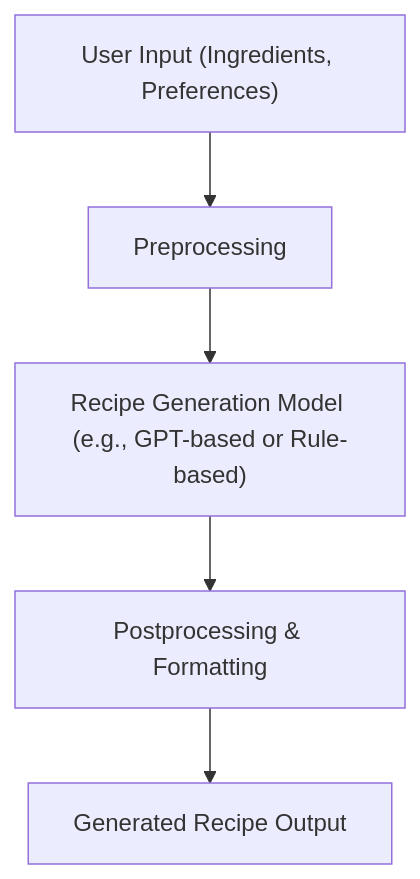
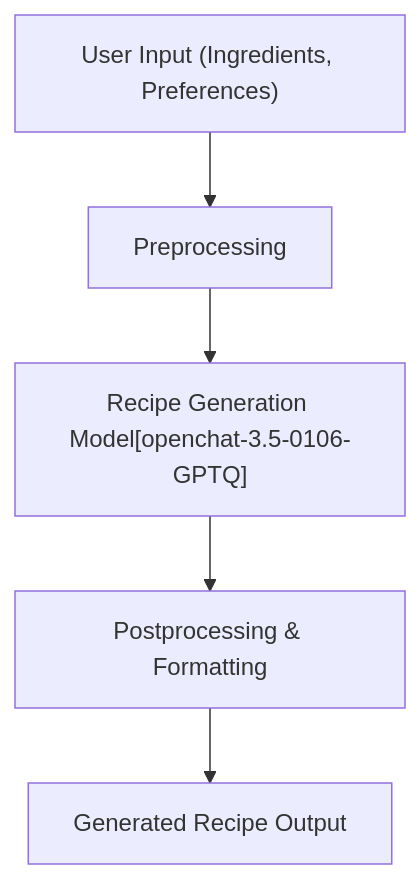
Before and after one commit to si451/recipe-generator: the diagram in README.md, drawn with Mermaid.

````diff
--- a/README.md
+++ b/README.md
@@ -22,10 +22,10 @@
 ```mermaid
 flowchart TD
     A["User Input (Ingredients, Preferences)"]
     B["Preprocessing"]
-    C["Recipe Generation Model (e.g., GPT-based or Rule-based)"]
+    C["Recipe Generation Model[openchat-3.5-0106-GPTQ]"]
     D["Postprocessing & Formatting"]
     E["Generated Recipe Output"]
 
     A --> B --> C --> D --> E
 ```
````
